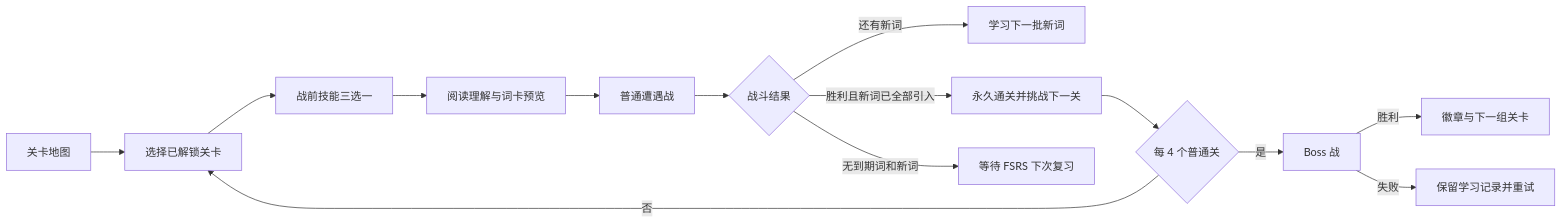
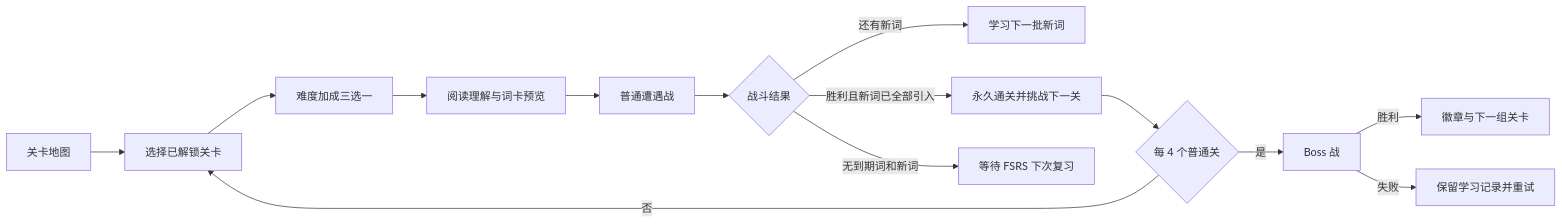
The diagram in docs/gameplay-vertical-slice.md (illusion615/word-quest), drawn with Mermaid before and after one commit. The commit also changed other lines of this file and 47 other files, not shown here.

````diff
--- a/docs/gameplay-vertical-slice.md
+++ b/docs/gameplay-vertical-slice.md
@@ -60,16 +60,16 @@
 ```mermaid
 flowchart LR
     A[关卡地图] --> B[选择已解锁关卡]
-    B --> C[战前技能三选一]
+    B --> C[难度加成三选一]
     C --> D[阅读理解与词卡预览]
     D --> E[普通遭遇战]
     E --> F{战斗结果}
     F -->|还有新词| G[学习下一批新词]
     F -->|胜利且新词已全部引入| H[永久通关并挑战下一关]
     F -->|无到期词和新词| M[等待 FSRS 下次复习]
     H --> I{每 4 个普通关}
     I -->|是| J[Boss 战]
     I -->|否| B
     J -->|胜利| K[徽章与下一组关卡]
     J -->|失败| L[保留学习记录并重试]
 ```
````
